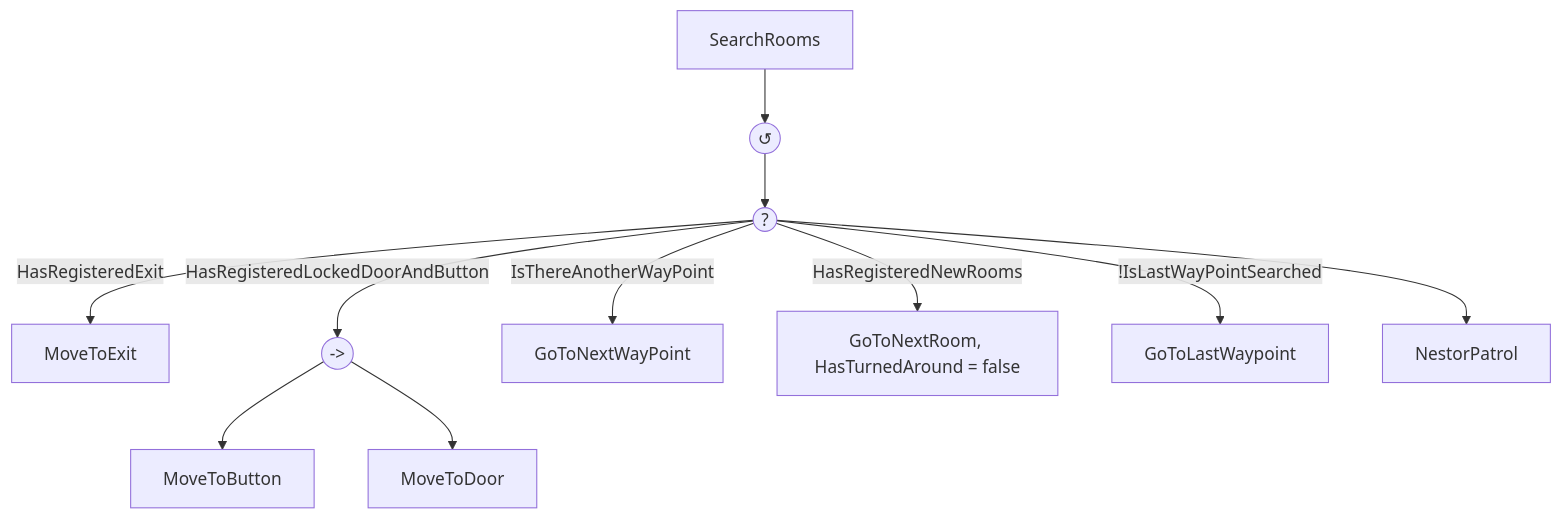
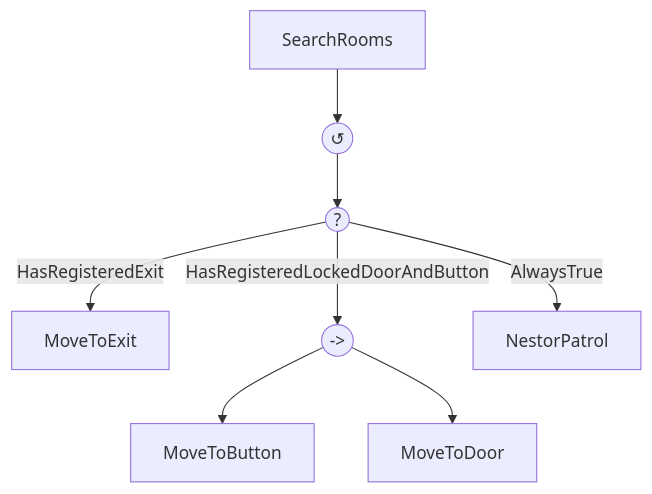
The fourth of 5 diagrams in README.md (IAV24-G02/IAV24-G02-P3), drawn with Mermaid before and after one commit. The commit also changed other lines of this file and 9 other files, not shown here.

````diff
--- a/README.md
+++ b/README.md
@@ -151,13 +151,10 @@
 ```mermaid
 flowchart TD
-    Z[SearchRooms] --> A
-    A(("↺")) --> B((?))
-    B -->|HasRegisteredExit| D[MoveToExit]
-    B -->|HasRegisteredLockedDoorAndButton| F(("->"))
-    F --> E[MoveToButton]
-    F --> G[MoveToDoor]
-    B -->|IsThereAnotherWayPoint| H[GoToNextWayPoint]
-    B -->|HasRegisteredNewRooms| I[GoToNextRoom, HasTurnedAround = false]
-    B--> |!IsLastWayPointSearched| J[GoToLastWaypoint]
-    B --> C[NestorPatrol]
+    A[SearchRooms] --> B
+    B(("↺")) --> C((?))
+    C -->|HasRegisteredExit| D[MoveToExit]
+    C -->|HasRegisteredLockedDoorAndButton| E(("->"))
+    E --> F[MoveToButton]
+    E --> G[MoveToDoor]
+    C -->|AlwaysTrue| H[NestorPatrol]
 ```
````
